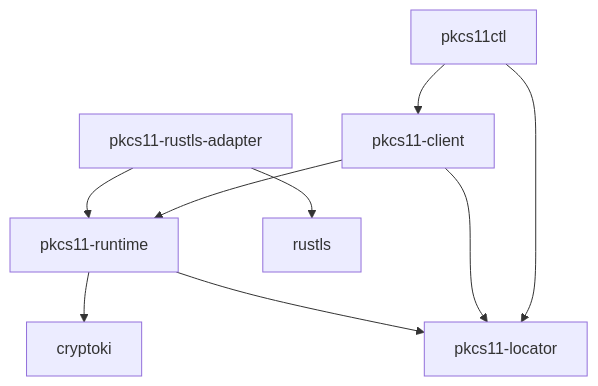
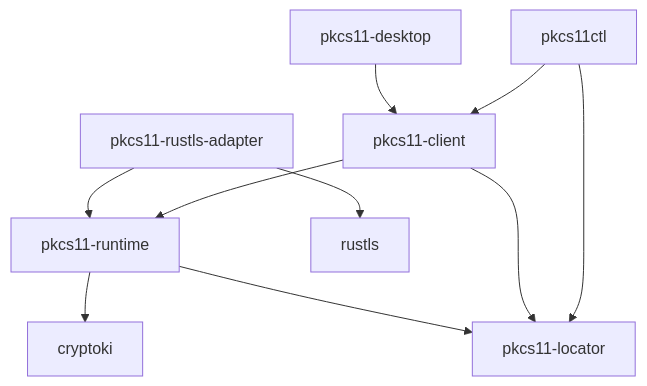
The diagram in README.md (Juanbanpar/pkcs11-stack), drawn with Mermaid before and after one commit. The commit also changed other lines of this file, not shown here.

Commit message:
docs(desktop): document application status and development

````diff
--- a/README.md
+++ b/README.md
@@ -16,11 +16,12 @@
 ```mermaid
 flowchart TD
     cli[pkcs11ctl] --> client[pkcs11-client]
     cli --> locator[pkcs11-locator]
     client --> runtime[pkcs11-runtime]
     client --> locator
     runtime --> locator
     runtime --> cryptoki
     adapter[pkcs11-rustls-adapter] --> runtime
     adapter --> rustls
+    desktop[pkcs11-desktop] --> client
 ```
````
